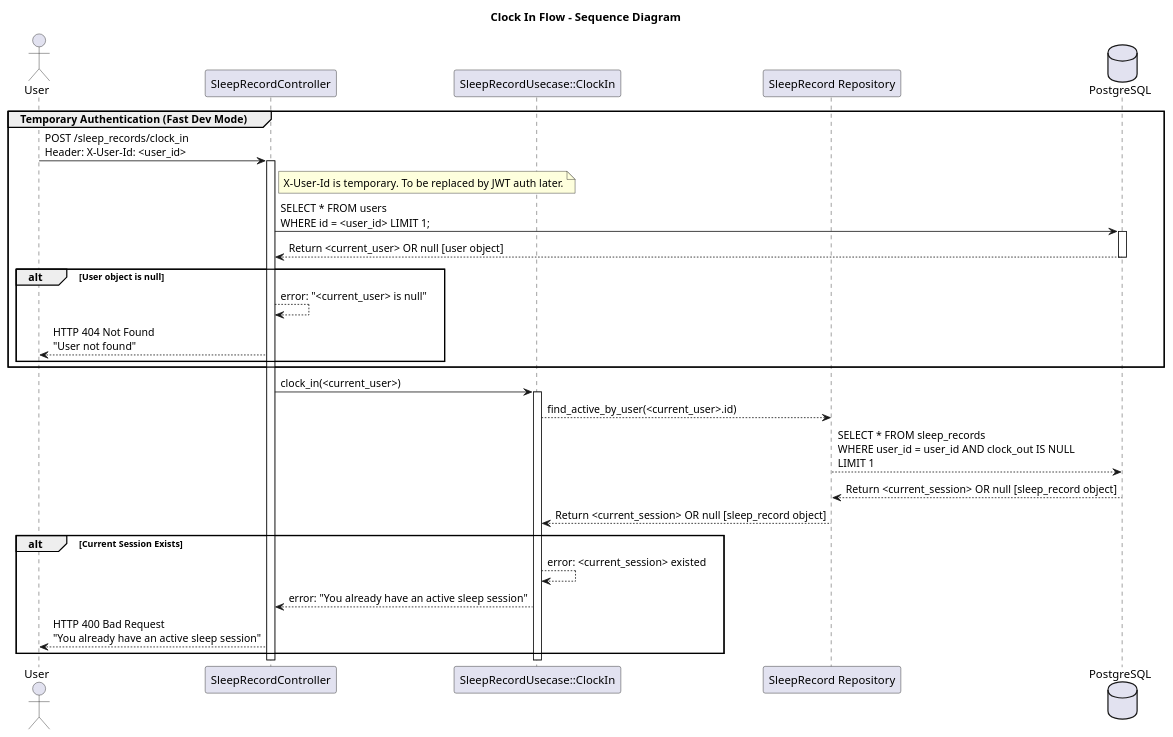
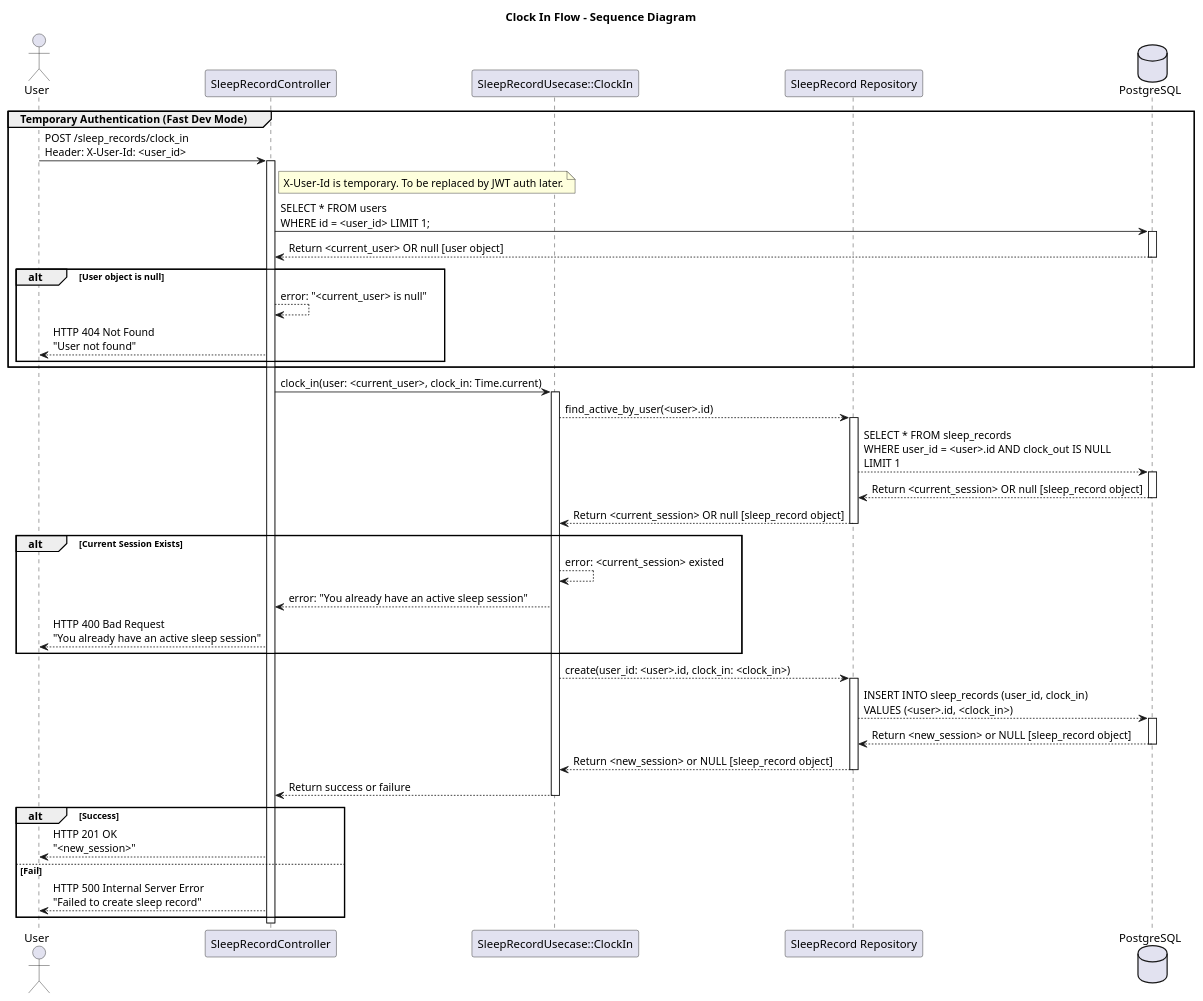
The diagram in docs/diagram/ClockInFlow.plantuml (wisnuaga/good-night), drawn with PlantUML before and after one commit.

Commit message:
clock-in: complete diagram

```diff
--- a/docs/diagram/ClockInFlow.plantuml
+++ b/docs/diagram/ClockInFlow.plantuml
@@ -1,49 +1,67 @@
 @startuml ClockInFlow
 title Clock In Flow - Sequence Diagram
 
 ' Define actors and components
 actor User
 participant "SleepRecordController" as Controller
 participant "SleepRecordUsecase::ClockIn" as Usecase
 participant "SleepRecord Repository" as Repository
 database "PostgreSQL" as DB
 
 ' Temporary auth via X-User-Id header (for fast development, to be replaced later)
 group Temporary Authentication (Fast Dev Mode)
     User -> Controller: POST /sleep_records/clock_in\nHeader: X-User-Id: <user_id>
     activate Controller
 
     note right of Controller
       X-User-Id is temporary. To be replaced by JWT auth later.
     end note
 
     Controller -> DB: SELECT * FROM users\nWHERE id = <user_id> LIMIT 1;
     activate DB
     DB --> Controller: Return <current_user> OR null [user object]
     deactivate DB
 
     alt User object is null
         Controller --> Controller: error: "<current_user> is null"
         Controller --> User: HTTP 404 Not Found\n"User not found"
     end
 end group
 
-Controller -> Usecase: clock_in(<current_user>)
+Controller -> Usecase: clock_in(user: <current_user>, clock_in: Time.current)
 activate Usecase
 
-Usecase --> Repository: find_active_by_user(<current_user>.id)
-Repository --> DB: SELECT * FROM sleep_records \nWHERE user_id = user_id AND clock_out IS NULL \nLIMIT 1
+Usecase --> Repository: find_active_by_user(<user>.id)
+activate Repository
+Repository --> DB: SELECT * FROM sleep_records \nWHERE user_id = <user>.id AND clock_out IS NULL \nLIMIT 1
+activate DB
 DB --> Repository: Return <current_session> OR null [sleep_record object]
 deactivate DB
 Repository --> Usecase: Return <current_session> OR null [sleep_record object]
 deactivate Repository
 
 alt Current Session Exists
     Usecase --> Usecase: error: <current_session> existed
     Usecase --> Controller: error: "You already have an active sleep session"
     Controller --> User: HTTP 400 Bad Request\n"You already have an active sleep session"
 end
 
+Usecase --> Repository: create(user_id: <user>.id, clock_in: <clock_in>)
+activate Repository
+Repository --> DB: INSERT INTO sleep_records (user_id, clock_in)\nVALUES (<user>.id, <clock_in>)
+activate DB
+DB --> Repository: Return <new_session> or NULL [sleep_record object]
+deactivate DB
+Repository --> Usecase: Return <new_session> or NULL [sleep_record object]
+deactivate Repository
+Usecase --> Controller: Return success or failure
+deactivate Usecase
 
+alt Success    
+    Controller --> User: HTTP 201 OK\n"<new_session>"
+else Fail
+    Controller --> User: HTTP 500 Internal Server Error\n"Failed to create sleep record"
+end
+deactivate Controller
 
 @enduml
```
